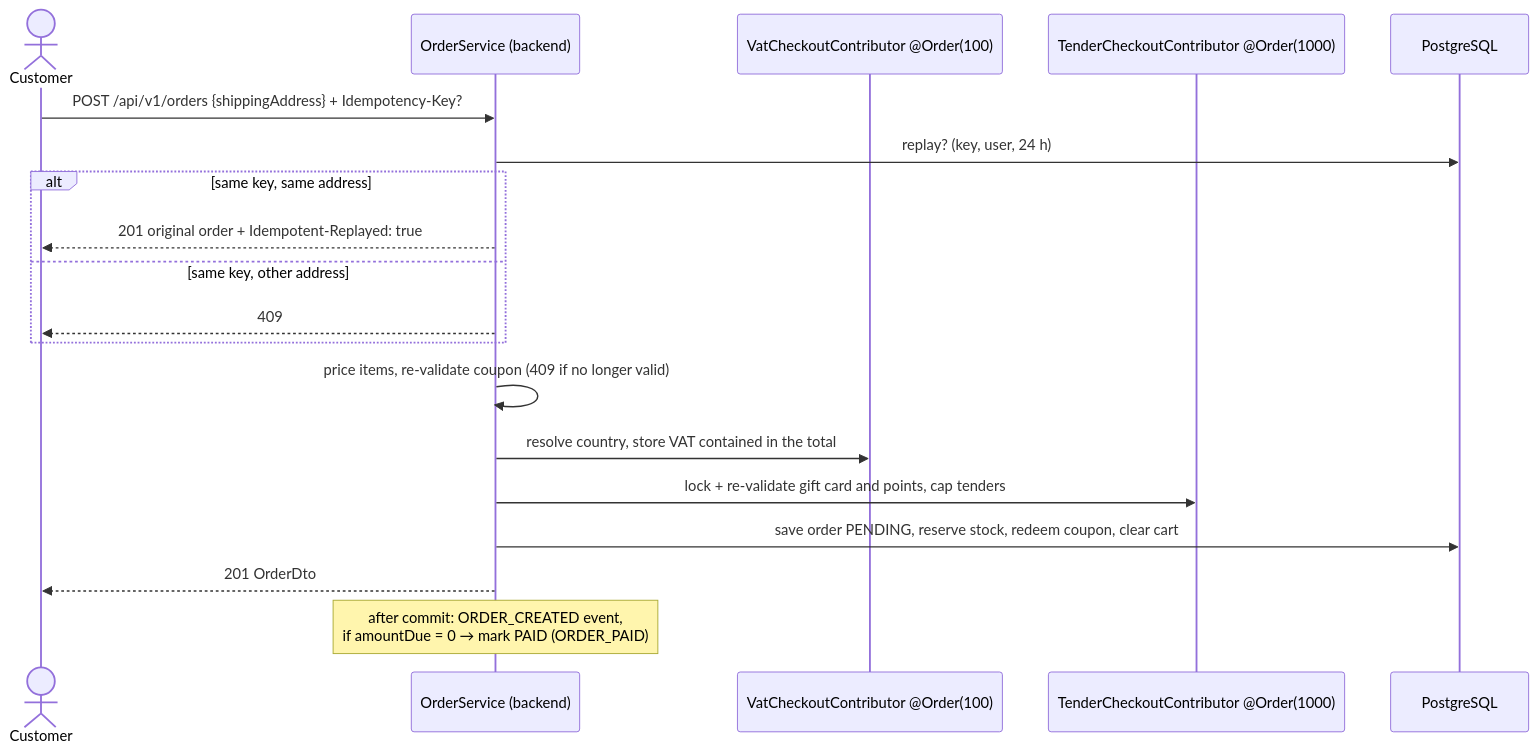
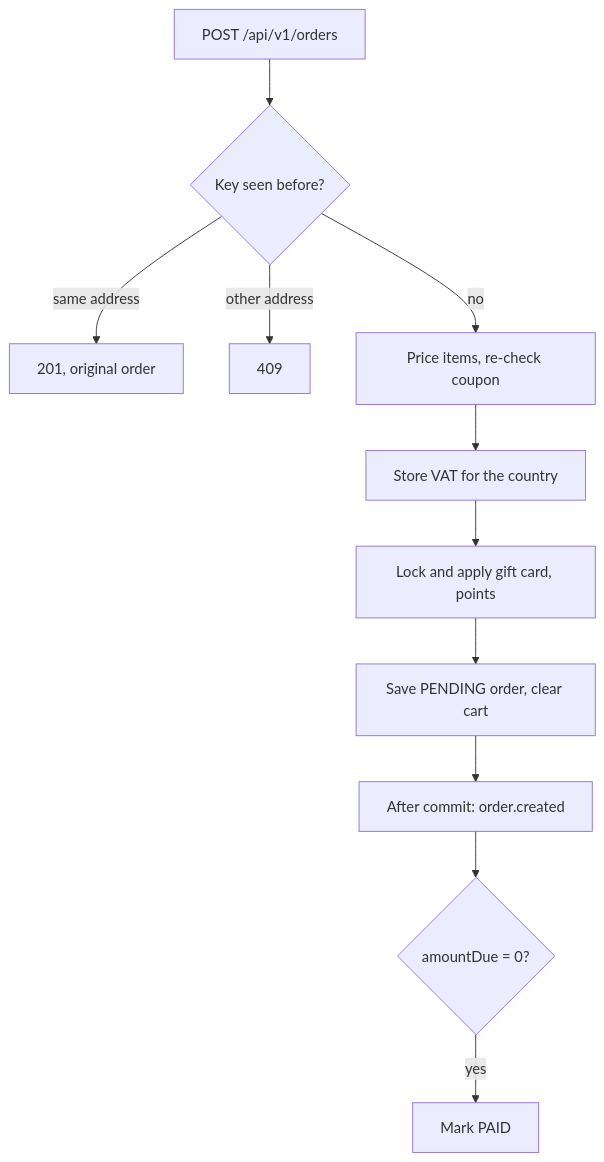
The diagram in docs-site/docs/flows/checkout.md (slawekradzyminski/awesome-localstack), drawn with Mermaid before and after one commit. The commit also changed 27 other files, not shown here.

First line of the commit message:
Fix unrendered wiki diagrams and make every diagram readable

````diff
--- a/docs-site/docs/flows/checkout.md
+++ b/docs-site/docs/flows/checkout.md
@@ -8,21 +8,13 @@
 ```mermaid
-sequenceDiagram
-    actor C as Customer
-    participant O as OrderService (backend)
-    participant V as VatCheckoutContributor @Order(100)
-    participant T as TenderCheckoutContributor @Order(1000)
-    participant DB as PostgreSQL
-    C->>O: POST /api/v1/orders {shippingAddress} + Idempotency-Key?
-    O->>DB: replay? (key, user, 24 h)
-    alt same key, same address
-        O-->>C: 201 original order + Idempotent-Replayed: true
-    else same key, other address
-        O-->>C: 409
-    end
-    O->>O: price items, re-validate coupon (409 if no longer valid)
-    O->>V: resolve country, store VAT contained in the total
-    O->>T: lock + re-validate gift card and points, cap tenders
-    O->>DB: save order PENDING, reserve stock, redeem coupon, clear cart
-    O-->>C: 201 OrderDto
-    Note over O: after commit: ORDER_CREATED event,<br/>if amountDue = 0 → mark PAID (ORDER_PAID)
+flowchart TB
+    A[POST /api/v1/orders] --> K{Key seen before?}
+    K -- same address --> R[201, original order]
+    K -- other address --> X[409]
+    K -- no --> C[Price items, re-check coupon]
+    C --> V[Store VAT for the country]
+    V --> T[Lock and apply gift card, points]
+    T --> S[Save PENDING order, clear cart]
+    S --> E[After commit: order.created]
+    E --> Z{amountDue = 0?}
+    Z -- yes --> P[Mark PAID]
 ```
````
